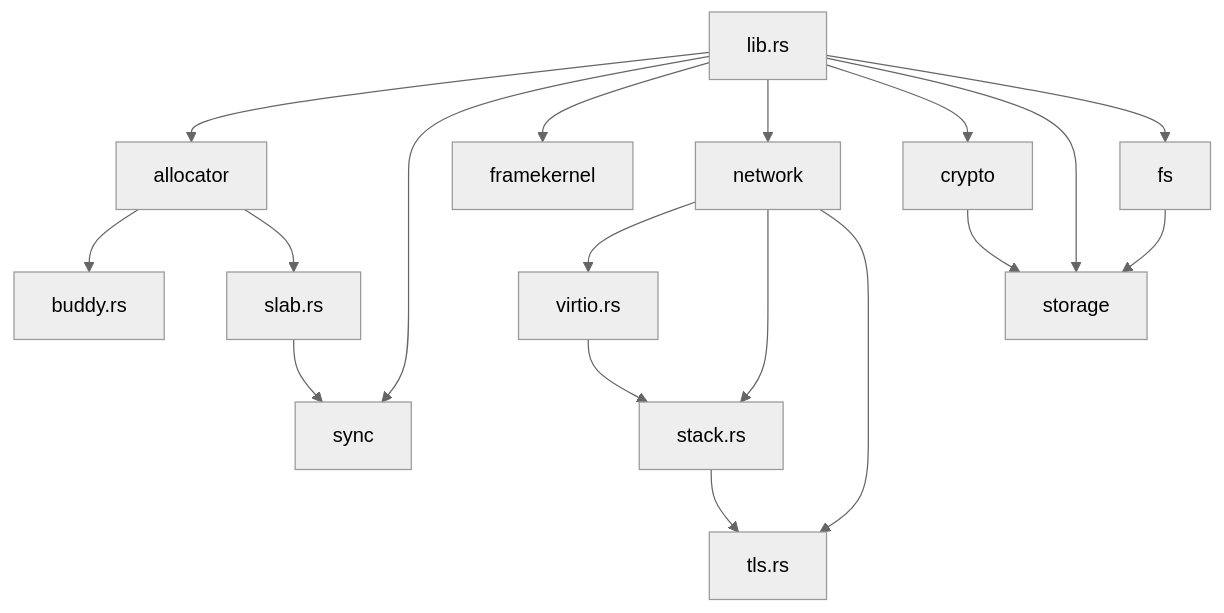
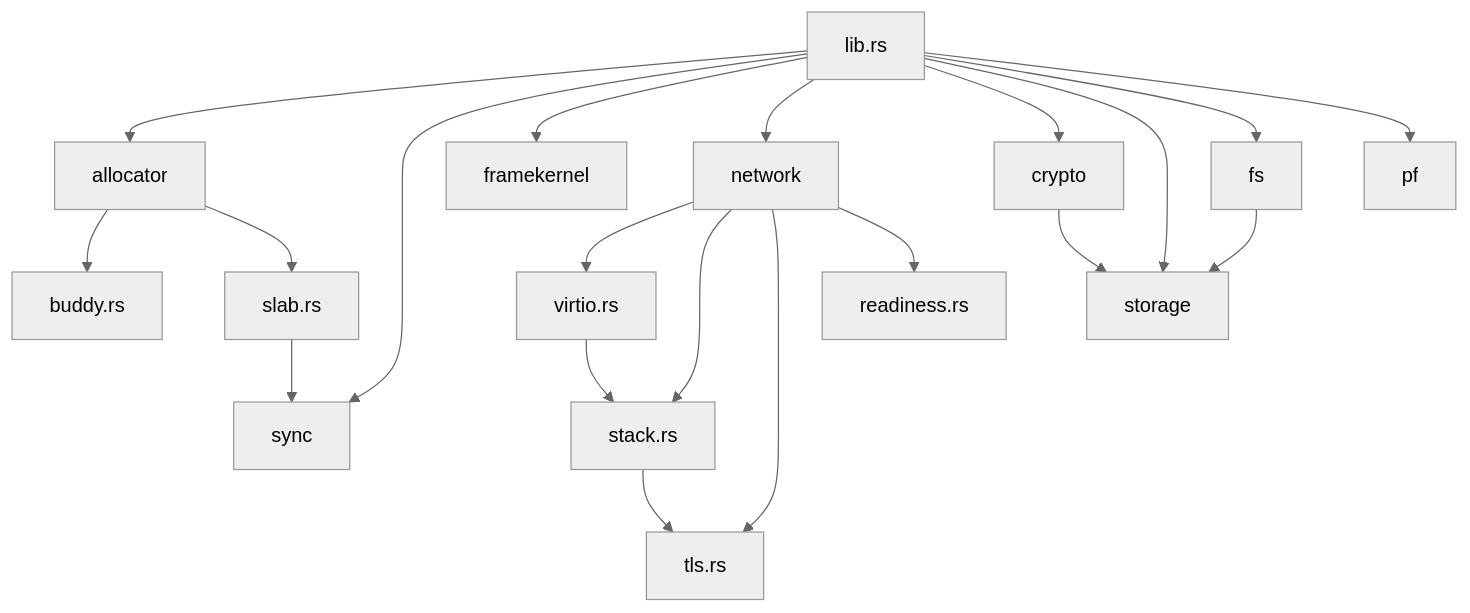
Before and after one commit to manoelhc/sos: the first of 8 diagrams in ARCHITECTURE.md, drawn with Mermaid (neutral theme). The commit also changed other lines of this file and 24 other files, not shown here.

````diff
--- a/ARCHITECTURE.md
+++ b/ARCHITECTURE.md
@@ -9,23 +10,25 @@
 ```mermaid
 flowchart TD
     LIB[lib.rs] --> ALLOC[allocator]
     LIB --> SYNC[sync]
     LIB --> FK[framekernel]
     LIB --> NET[network]
     LIB --> CRYPTO[crypto]
     LIB --> STORAGE[storage]
     LIB --> FS[fs]
 
     ALLOC --> BUDDY[buddy.rs]
     ALLOC --> SLAB[slab.rs]
     SLAB --> SYNC
 
     NET --> VIRTIO[virtio.rs]
     NET --> STACK[stack.rs]
     NET --> TLS[tls.rs]
+    NET --> READY[readiness.rs]
+    LIB --> PF[pf]
 
     VIRTIO --> STACK
     STACK --> TLS
     CRYPTO --> STORAGE
     FS --> STORAGE
 ```
````
